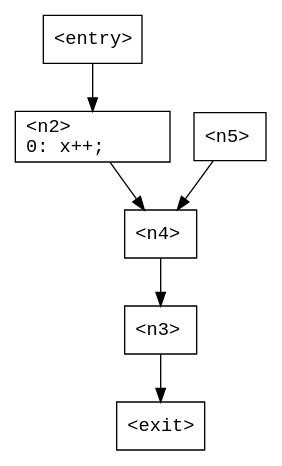
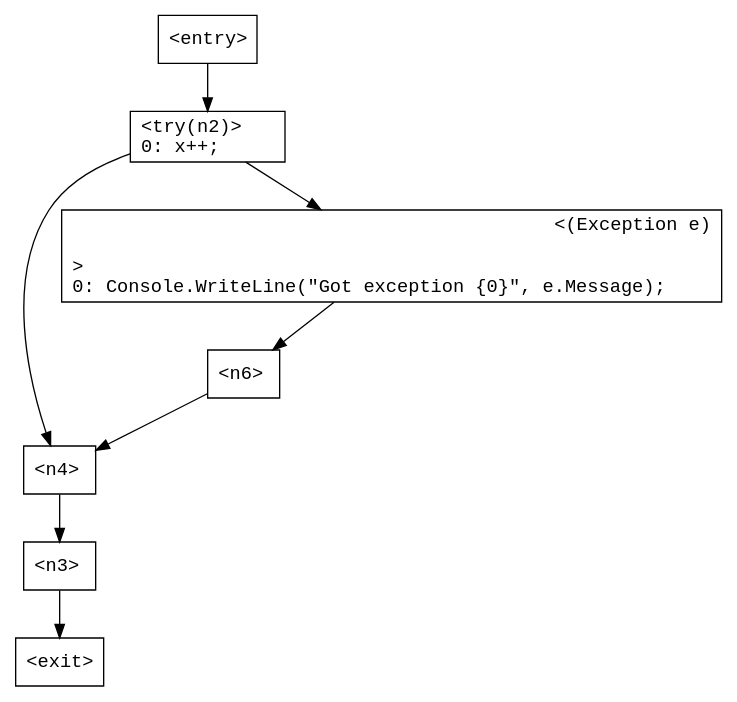
Before and after one commit to ashalkhakov/Tarp: the diagram in TarpTests/Cfg/Data/TestTryCatch.gv, drawn with Graphviz. The commit also changed 12 other files, not shown here.

```diff
--- a/TarpTests/Cfg/Data/TestTryCatch.gv
+++ b/TarpTests/Cfg/Data/TestTryCatch.gv
@@ -1,26 +1,31 @@
 digraph G
 {
     n0 [ shape = "box"
              fontname = "Monospace"
              label = "<entry>\l" ];
       n0 -> n2;
     n1 [ shape = "box"
              fontname = "Monospace"
              label = "<exit>\l" ];
     n2 [ shape = "box"
              fontname = "Monospace"
-             label = "<n2>\l0:	x++;\l" ];
+             label = "<try(n2)>\l0:	x++;\l" ];
       n2 -> n4;
+      n2 -> n5;
     n3 [ shape = "box"
              fontname = "Monospace"
              label = "<n3>\l" ];
       n3 -> n1;
     n4 [ shape = "box"
              fontname = "Monospace"
              label = "<n4>\l" ];
       n4 -> n3;
     n5 [ shape = "box"
              fontname = "Monospace"
-             label = "<n5>\l" ];
-      n5 -> n4;
+             label = "<(Exception e)\r\n>\l0:	Console.WriteLine(\"Got exception {0}\", e.Message);\l" ];
+      n5 -> n6;
+    n6 [ shape = "box"
+             fontname = "Monospace"
+             label = "<n6>\l" ];
+      n6 -> n4;
 }
```
